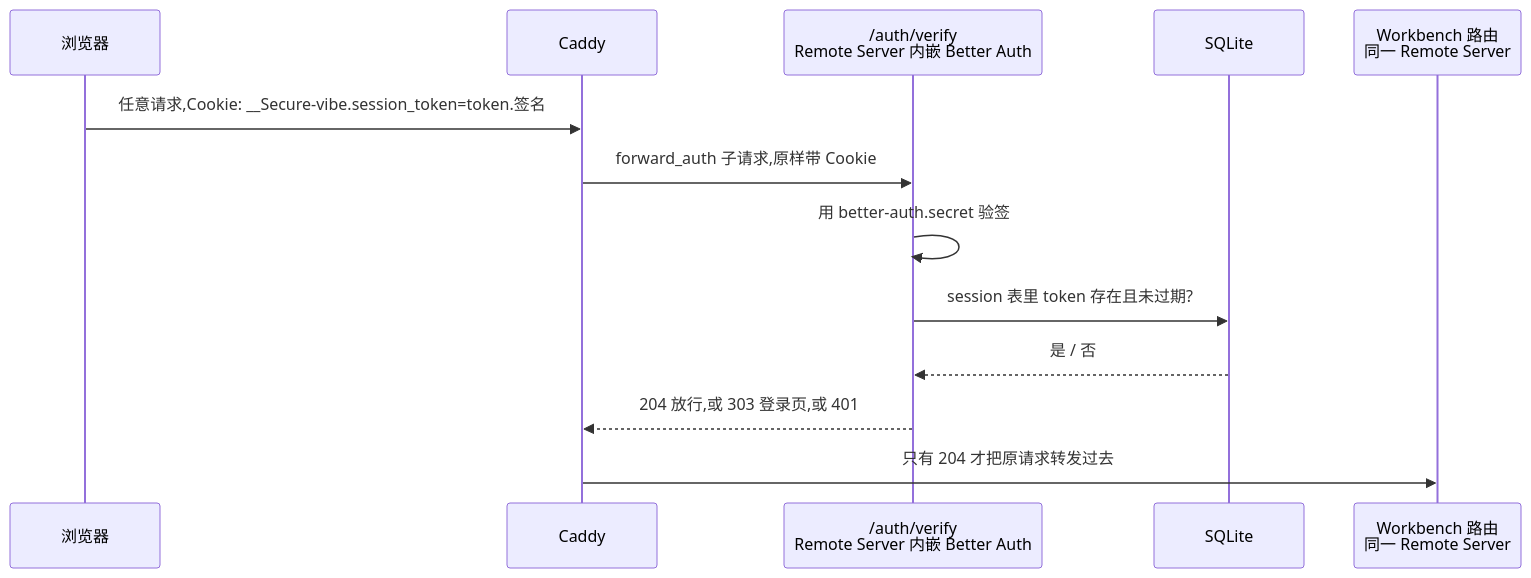
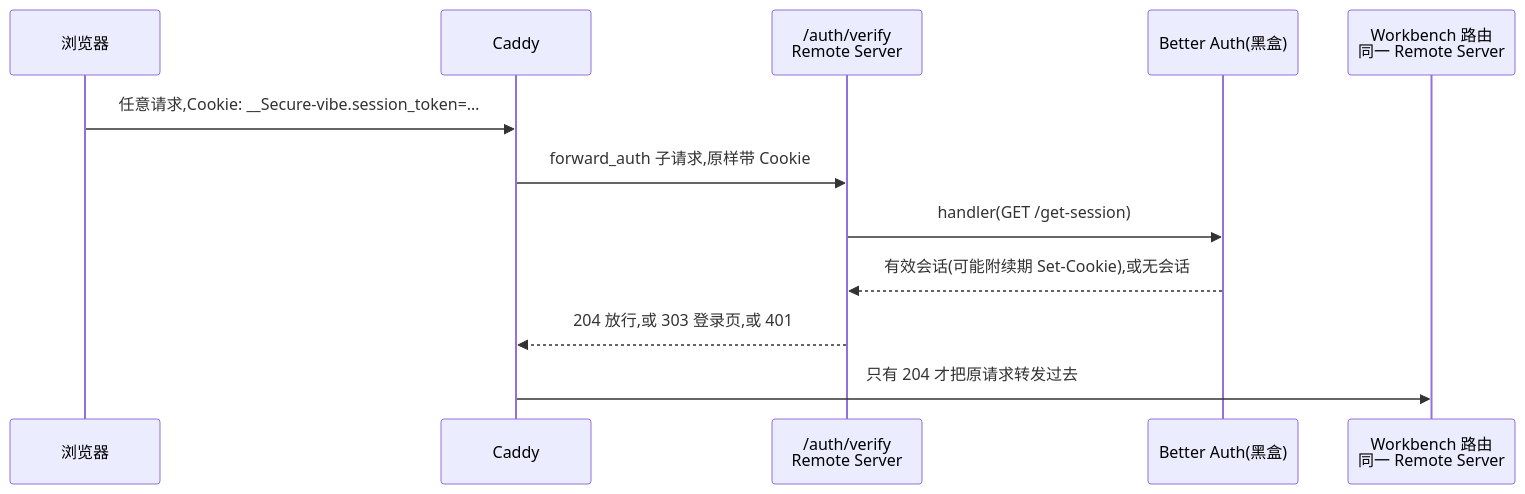
The second of 11 diagrams in vibe_vscode_doc/design/login_authentication.md (ActivePeter/vibe-vscode), drawn with Mermaid before and after one commit. The commit also changed other lines of this file, not shown here.

First line of the commit message:
docs: draw Better Auth as a black box and list the calls made into it

````diff
--- a/vibe_vscode_doc/design/login_authentication.md
+++ b/vibe_vscode_doc/design/login_authentication.md
@@ -50,16 +61,15 @@
 ```mermaid
 sequenceDiagram
     participant B as 浏览器
     participant C as Caddy
-    participant V as /auth/verify<br/>Remote Server 内嵌 Better Auth
-    participant DB as SQLite
+    participant V as /auth/verify<br/>Remote Server
+    participant BA as Better Auth(黑盒)
     participant W as Workbench 路由<br/>同一 Remote Server
 
-    B->>C: 任意请求,Cookie: __Secure-vibe.session_token=token.签名
+    B->>C: 任意请求,Cookie: __Secure-vibe.session_token=…
     C->>V: forward_auth 子请求,原样带 Cookie
-    V->>V: 用 better-auth.secret 验签
-    V->>DB: session 表里 token 存在且未过期?
-    DB-->>V: 是 / 否
+    V->>BA: handler(GET /get-session)
+    BA-->>V: 有效会话(可能附续期 Set-Cookie),或无会话
     V-->>C: 204 放行,或 303 登录页,或 401
     C->>W: 只有 204 才把原请求转发过去
 ```
````
